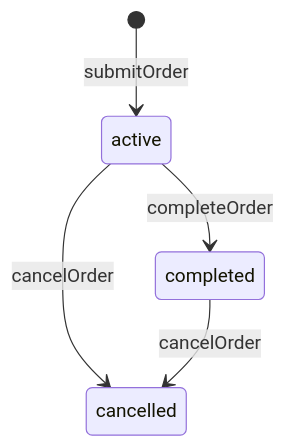
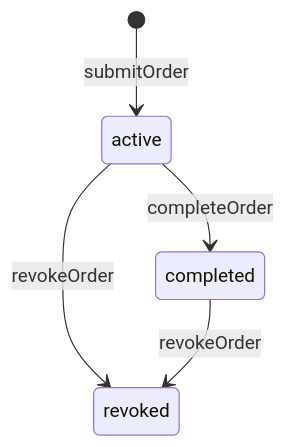
The first of 2 diagrams in .codestable/features/2026-07-03-order-delete-filter/order-delete-filter-design.md (Max-zhang-code/food), drawn with Mermaid before and after one commit. The commit also changed other lines of this file and 6 other files, not shown here.

````diff
--- a/.codestable/features/2026-07-03-order-delete-filter/order-delete-filter-design.md
+++ b/.codestable/features/2026-07-03-order-delete-filter/order-delete-filter-design.md
@@ -114,7 +114,7 @@
 ```mermaid
 stateDiagram-v2
     [*] --> active: submitOrder
     active --> completed: completeOrder
-    active --> cancelled: cancelOrder
-    completed --> cancelled: cancelOrder
+    active --> revoked: revokeOrder
+    completed --> revoked: revokeOrder
 ```
````
